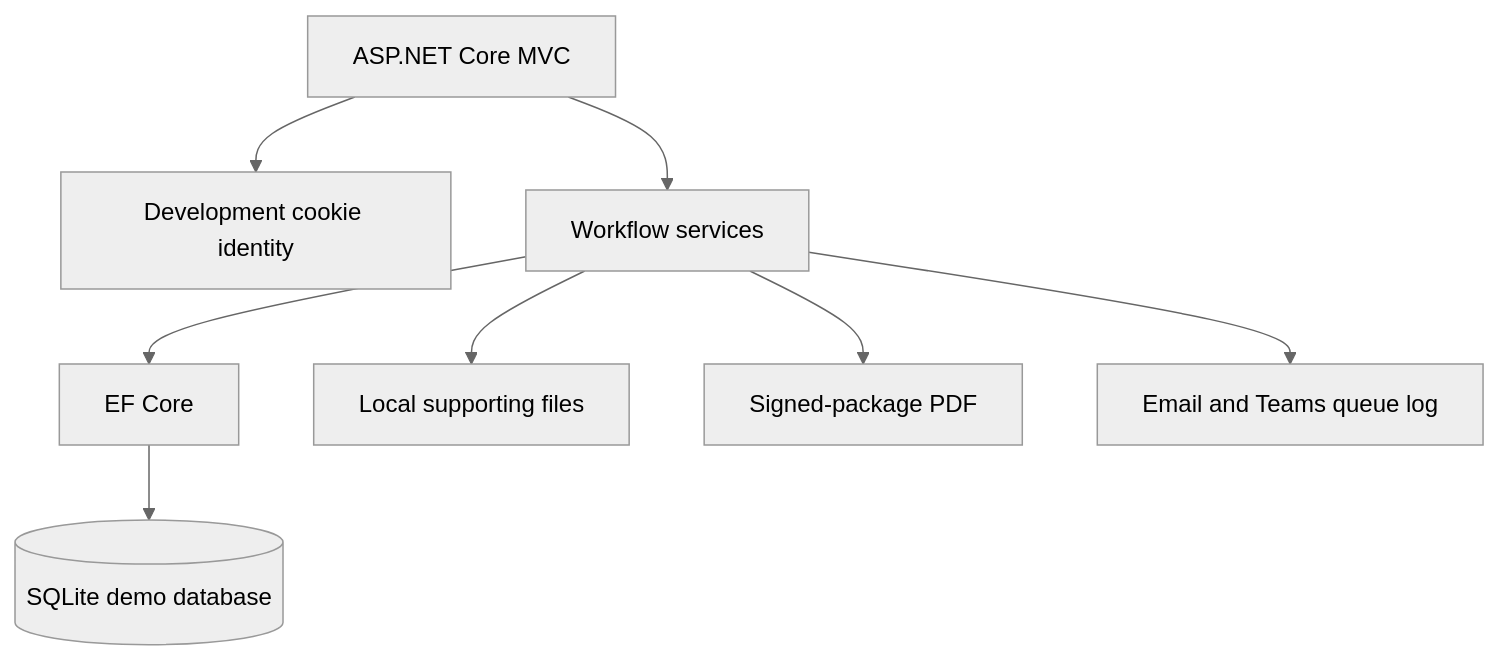
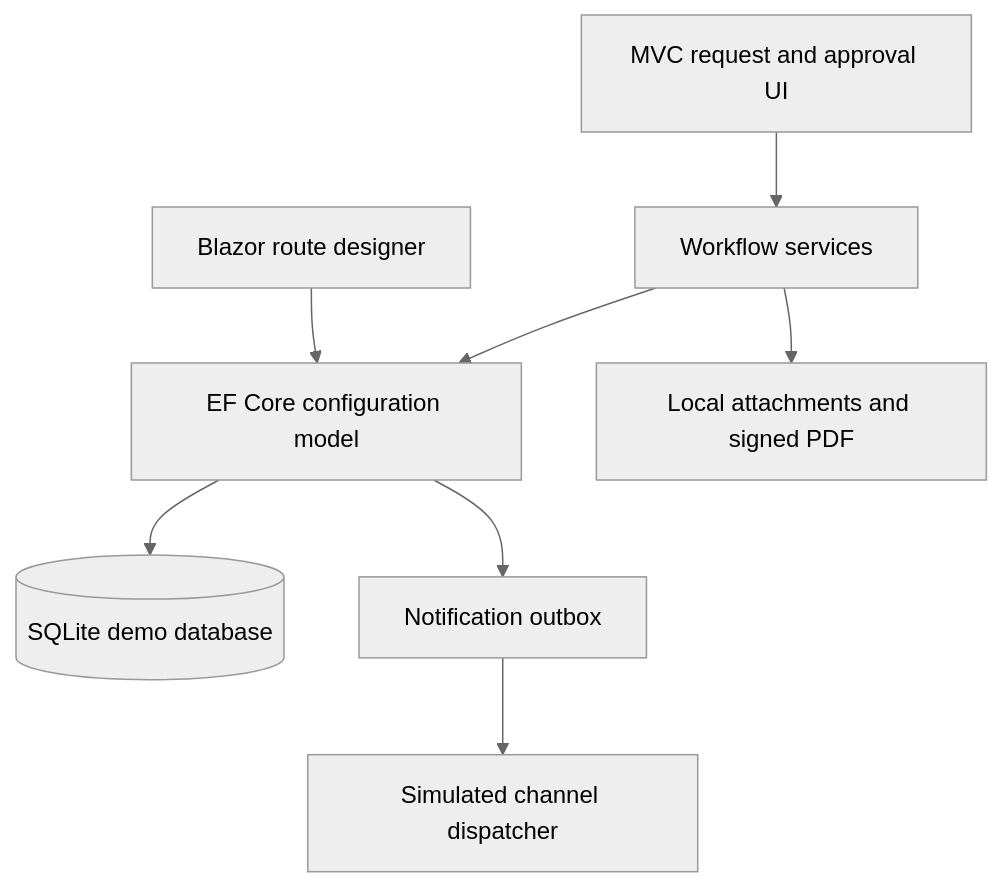
Before and after one commit to cjlitson/document-approval-demo: the first of 3 diagrams in docs/architecture.md, drawn with Mermaid (neutral theme). The commit also changed other lines of this file and 5 other files, not shown here.

````diff
--- a/docs/architecture.md
+++ b/docs/architecture.md
@@ -5,10 +5,10 @@
 ```mermaid
 flowchart TD
-    Browser[ASP.NET Core MVC] --> Auth[Development cookie identity]
-    Browser --> Workflow[Workflow services]
-    Workflow --> EF[EF Core]
-    EF --> SQLite[(SQLite demo database)]
-    Workflow --> Files[Local supporting files]
-    Workflow --> PDF[Signed-package PDF]
-    Workflow --> Notify[Email and Teams queue log]
+    UI["MVC request and approval UI"] --> API["Workflow services"]
+    Designer["Blazor route designer"] --> EF["EF Core configuration model"]
+    API --> EF
+    EF --> SQLite[("SQLite demo database")]
+    API --> Files["Local attachments and signed PDF"]
+    EF --> Outbox["Notification outbox"]
+    Outbox --> Worker["Simulated channel dispatcher"]
 ```
````
